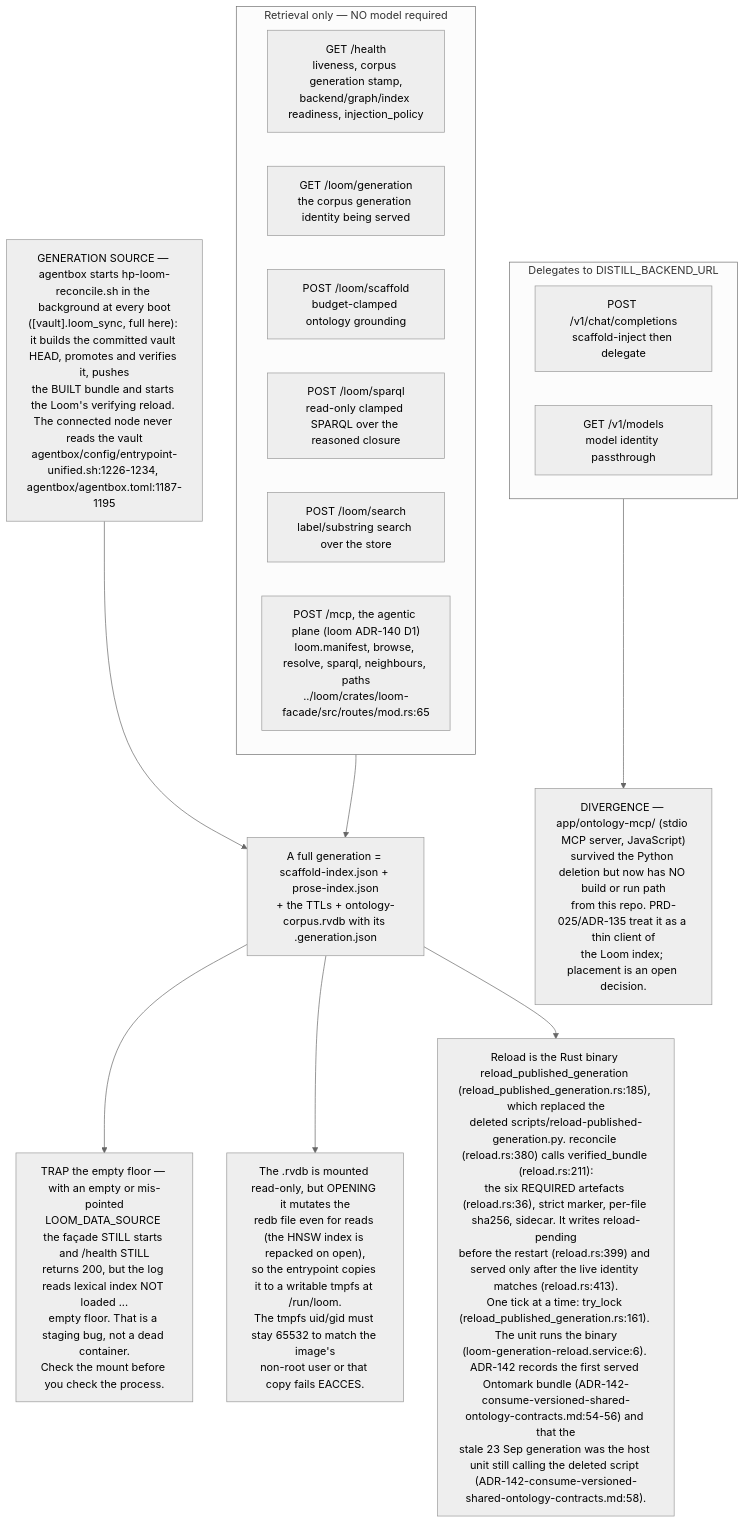
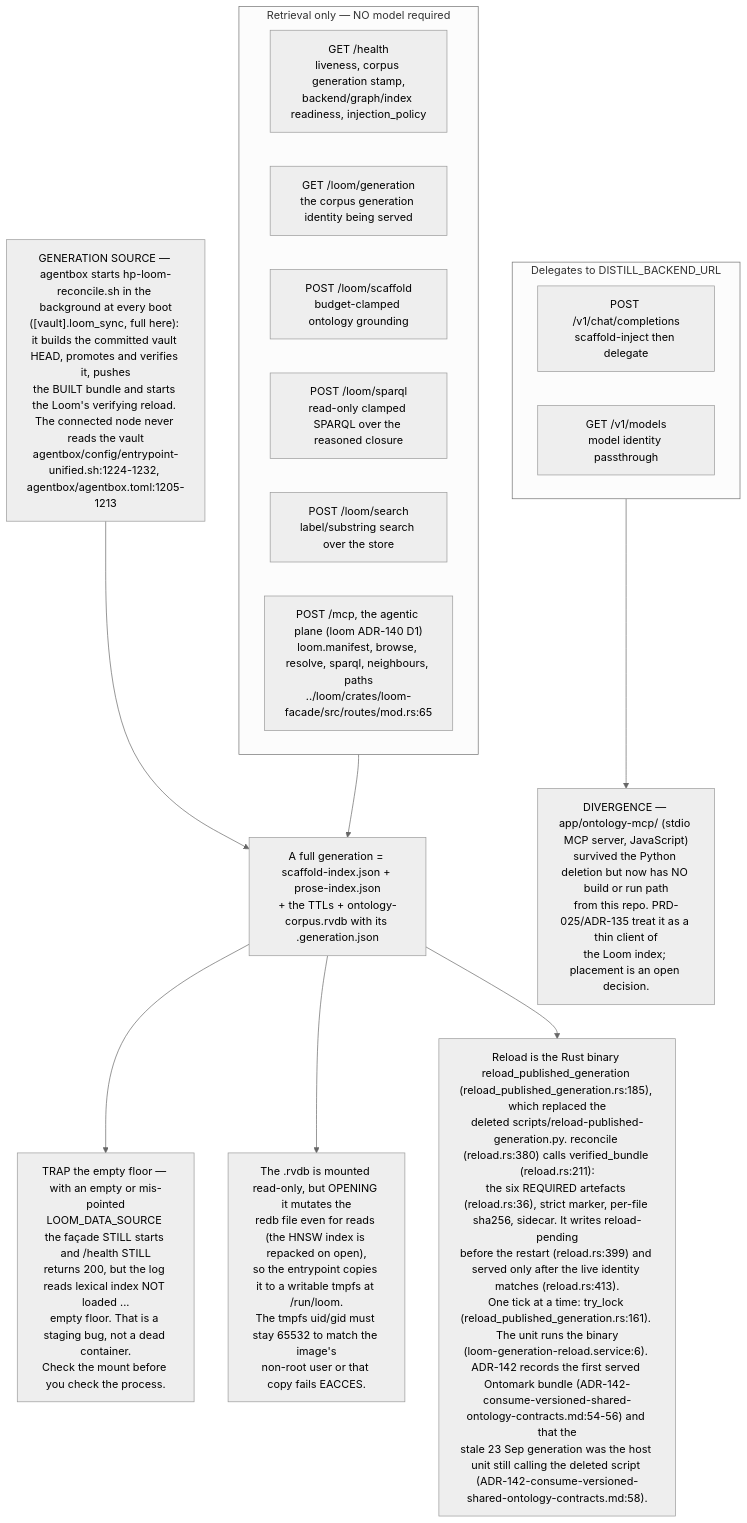
One commit to DreamLab-AI/VisionFlow changed the sixth of 11 diagrams in docs/diagrams/estate/06-loom-and-email-privacy-path.md. Above: the diagram before and after it, drawn with Mermaid (neutral theme). The commit also changed other lines of this file and 12 other files, not shown here.

````diff
--- a/docs/diagrams/estate/06-loom-and-email-privacy-path.md
+++ b/docs/diagrams/estate/06-loom-and-email-privacy-path.md
@@ -207,29 +207,29 @@
 ```mermaid
 flowchart TB
     subgraph nomodel["Retrieval only — NO model required"]
         E1["GET /health<br/>liveness, corpus generation stamp,<br/>backend/graph/index readiness, injection_policy"]
         E2["GET /loom/generation<br/>the corpus generation identity being served"]
         E3["POST /loom/scaffold<br/>budget-clamped ontology grounding"]
         E4["POST /loom/sparql<br/>read-only clamped SPARQL over the reasoned closure"]
         E5["POST /loom/search<br/>label/substring search over the store"]
         E8["POST /mcp, the agentic plane (loom ADR-140 D1)<br/>loom.manifest, browse, resolve, sparql, neighbours, paths<br/>../loom/crates/loom-facade/src/routes/mod.rs:65"]
     end
     subgraph needsmodel["Delegates to DISTILL_BACKEND_URL"]
         E6["POST /v1/chat/completions<br/>scaffold-inject then delegate"]
         E7["GET /v1/models<br/>model identity passthrough"]
     end
     GEN["A full generation = scaffold-index.json + prose-index.json<br/>+ the TTLs + ontology-corpus.rvdb with its .generation.json"]
     T1["TRAP the empty floor — with an empty or mis-pointed<br/>LOOM_DATA_SOURCE the façade STILL starts and /health STILL<br/>returns 200, but the log reads lexical index NOT loaded ...<br/>empty floor. That is a staging bug, not a dead container.<br/>Check the mount before you check the process."]
     T2["The .rvdb is mounted read-only, but OPENING it mutates the<br/>redb file even for reads (the HNSW index is repacked on open),<br/>so the entrypoint copies it to a writable tmpfs at /run/loom.<br/>The tmpfs uid/gid must stay 65532 to match the image's<br/>non-root user or that copy fails EACCES."]
     D1["Reload is the Rust binary reload_published_generation (reload_published_generation.rs:185), which replaced the<br/>deleted scripts/reload-published-generation.py. reconcile (reload.rs:380) calls verified_bundle (reload.rs:211):<br/>the six REQUIRED artefacts (reload.rs:36), strict marker, per-file sha256, sidecar. It writes reload-pending<br/>before the restart (reload.rs:399) and served only after the live identity matches (reload.rs:413).<br/>One tick at a time: try_lock (reload_published_generation.rs:161). The unit runs the binary<br/>(loom-generation-reload.service:6). ADR-142 records the first served Ontomark bundle (ADR-142-consume-versioned-shared-ontology-contracts.md:54-56) and that the<br/>stale 23 Sep generation was the host unit still calling the deleted script (ADR-142-consume-versioned-shared-ontology-contracts.md:58)."]
     D2["DIVERGENCE — app/ontology-mcp/ (stdio MCP server, JavaScript)<br/>survived the Python deletion but now has NO build or run path<br/>from this repo. PRD-025/ADR-135 treat it as a thin client of<br/>the Loom index; placement is an open decision."]
 
-    RECON["GENERATION SOURCE — agentbox starts hp-loom-reconcile.sh in the background at every boot<br/>([vault].loom_sync, full here): it builds the committed vault HEAD, promotes and verifies it, pushes<br/>the BUILT bundle and starts the Loom's verifying reload. The connected node never reads the vault<br/>agentbox/config/entrypoint-unified.sh:1226-1234, agentbox/agentbox.toml:1187-1195"]
+    RECON["GENERATION SOURCE — agentbox starts hp-loom-reconcile.sh in the background at every boot<br/>([vault].loom_sync, full here): it builds the committed vault HEAD, promotes and verifies it, pushes<br/>the BUILT bundle and starts the Loom's verifying reload. The connected node never reads the vault<br/>agentbox/config/entrypoint-unified.sh:1224-1232, agentbox/agentbox.toml:1205-1213"]
 
     nomodel --> GEN
     RECON --> GEN
     GEN --> T1
     GEN --> T2
     GEN --> D1
     needsmodel --> D2
 ```
````
